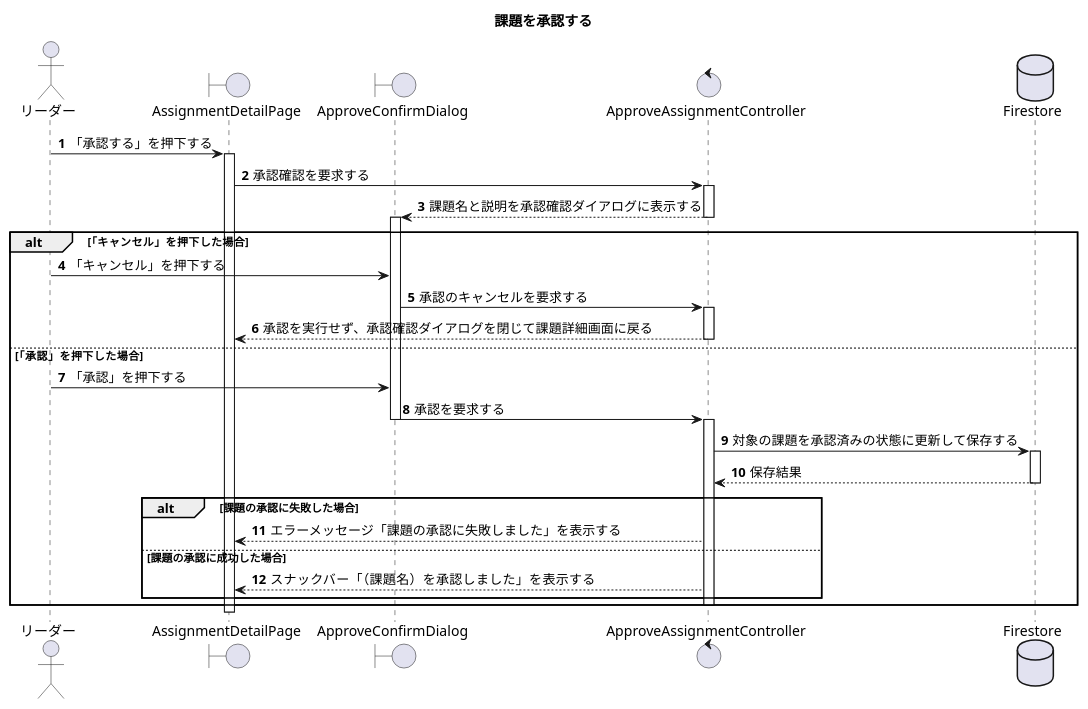
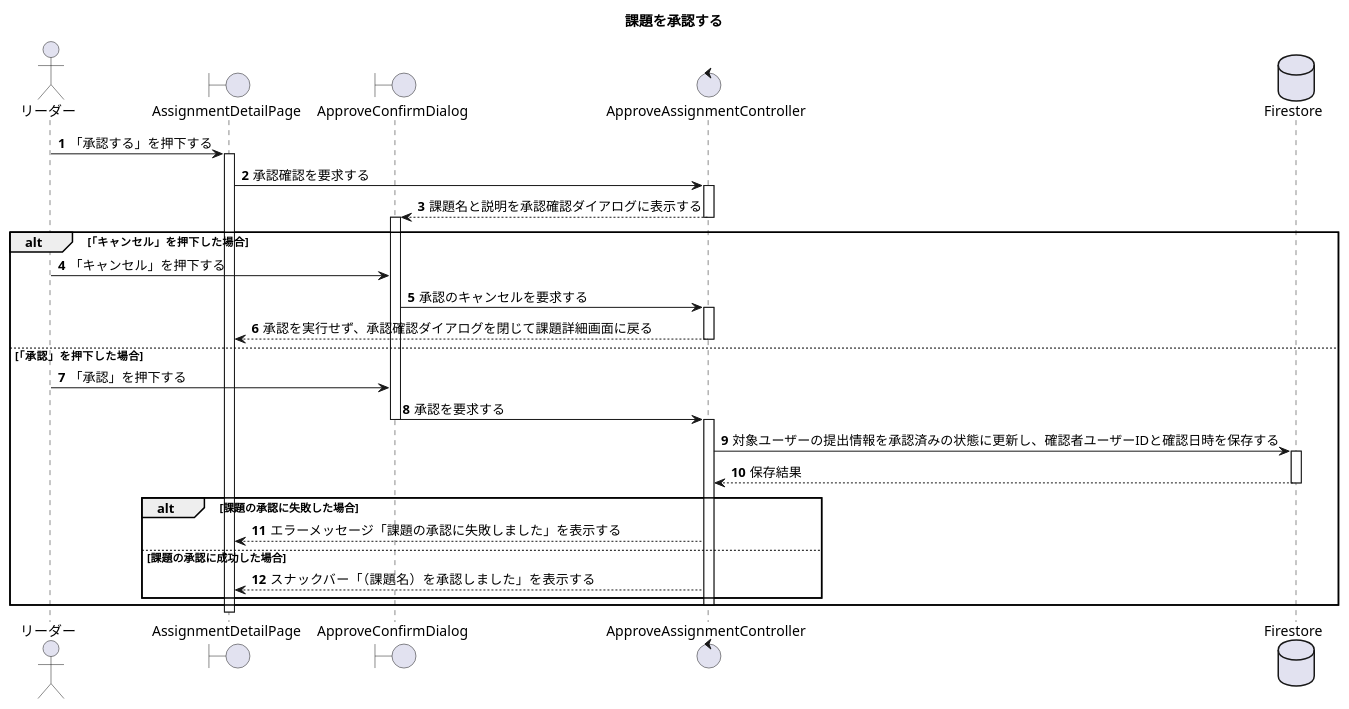
One commit to FujikawaHirono0520/teamA_graduation changed the diagram in sequense/27.approve_task.pu. Above: the diagram before and after it, drawn with PlantUML. The commit also changed 2 other files, not shown here.

Commit message:
シーケンス図変更

```diff
--- a/sequense/27.approve_task.pu
+++ b/sequense/27.approve_task.pu
@@ -1,42 +1,42 @@
 @startuml 課題を承認する
 title 課題を承認する
 autonumber
 
 actor リーダー as Leader
 boundary AssignmentDetailPage
 boundary ApproveConfirmDialog
 control ApproveAssignmentController
 database Firestore
 
 Leader -> AssignmentDetailPage : 「承認する」を押下する
 activate AssignmentDetailPage
 AssignmentDetailPage -> ApproveAssignmentController : 承認確認を要求する
 activate ApproveAssignmentController
 ApproveAssignmentController --> ApproveConfirmDialog : 課題名と説明を承認確認ダイアログに表示する
 deactivate ApproveAssignmentController
 activate ApproveConfirmDialog
 
 alt 「キャンセル」を押下した場合
     Leader -> ApproveConfirmDialog : 「キャンセル」を押下する
     ApproveConfirmDialog -> ApproveAssignmentController : 承認のキャンセルを要求する
     activate ApproveAssignmentController
     ApproveAssignmentController --> AssignmentDetailPage : 承認を実行せず、承認確認ダイアログを閉じて課題詳細画面に戻る
     deactivate ApproveAssignmentController
 else 「承認」を押下した場合
     Leader -> ApproveConfirmDialog : 「承認」を押下する
     ApproveConfirmDialog -> ApproveAssignmentController : 承認を要求する
     deactivate ApproveConfirmDialog
     activate ApproveAssignmentController
-    ApproveAssignmentController -> Firestore : 対象の課題を承認済みの状態に更新して保存する
+    ApproveAssignmentController -> Firestore : 対象ユーザーの提出情報を承認済みの状態に更新し、確認者ユーザーIDと確認日時を保存する
     activate Firestore
     return 保存結果
     alt 課題の承認に失敗した場合
         ApproveAssignmentController --> AssignmentDetailPage : エラーメッセージ「課題の承認に失敗しました」を表示する
         else 課題の承認に成功した場合
         ApproveAssignmentController --> AssignmentDetailPage : スナックバー「（課題名）を承認しました」を表示する
     end
     deactivate ApproveAssignmentController
 end
 deactivate ApproveConfirmDialog
 deactivate AssignmentDetailPage
 @enduml
```
